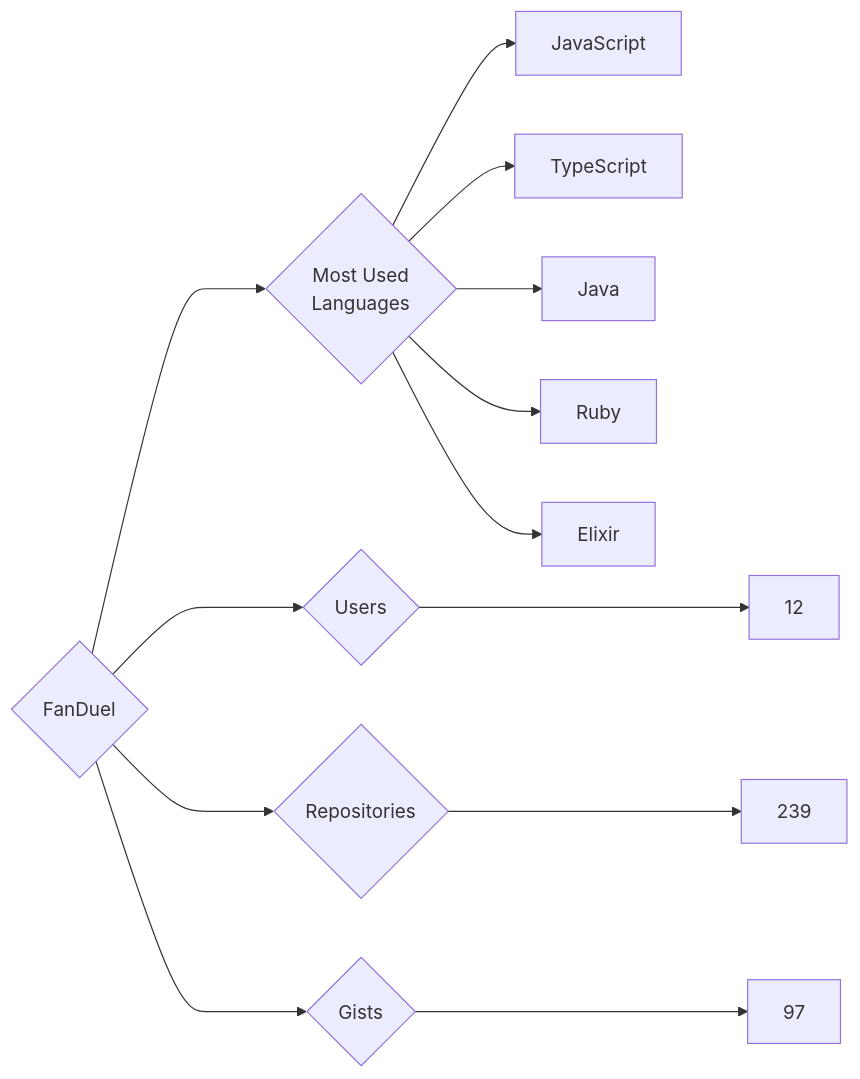
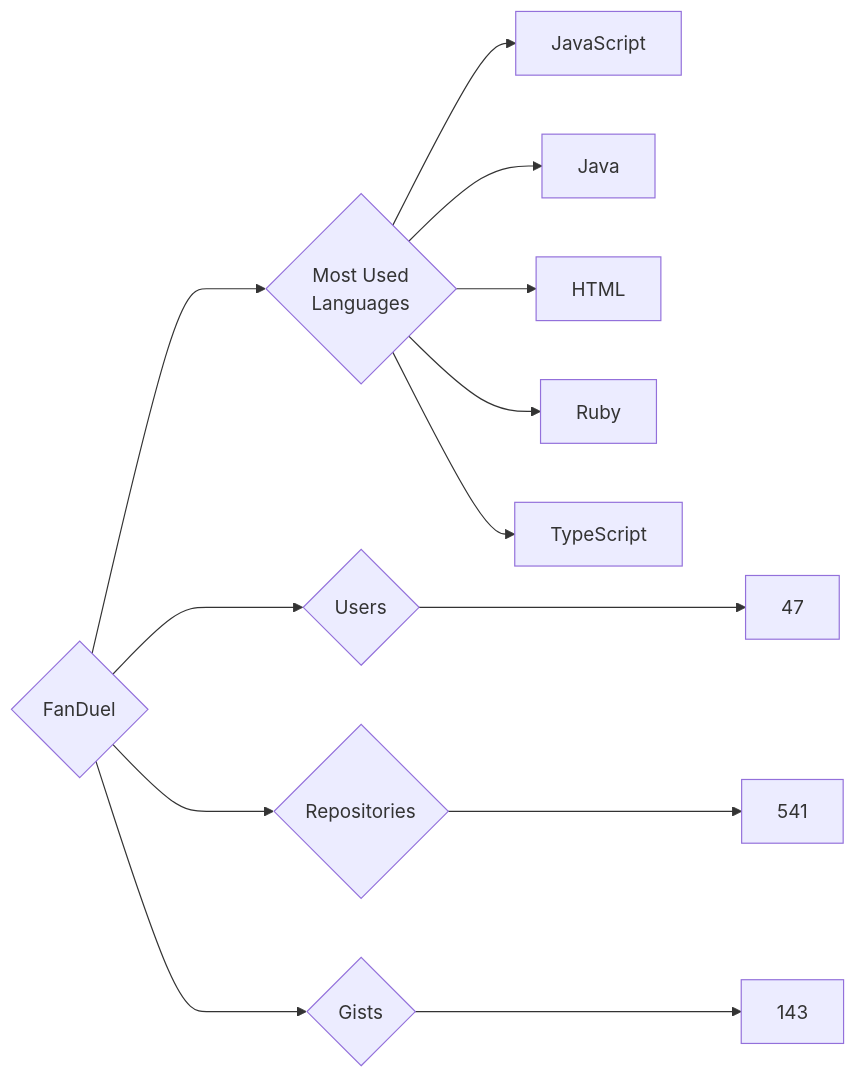
Before and after one commit to trickest/insiders: the diagram in targets/FanDuel/README.md, drawn with Mermaid. The commit also changed 984 other files, not shown here.

````diff
--- a/targets/FanDuel/README.md
+++ b/targets/FanDuel/README.md
@@ -3,13 +3,13 @@
 ```mermaid
 graph LR
 COMPANY_NAME{FanDuel}
-COMPANY_NAME ---> U{Users} ---> UN[12]
-COMPANY_NAME ---> R{Repositories} ---> RN[239]
-COMPANY_NAME ---> G{Gists} ---> GN[97]
+COMPANY_NAME ---> U{Users} ---> UN[47]
+COMPANY_NAME ---> R{Repositories} ---> RN[541]
+COMPANY_NAME ---> G{Gists} ---> GN[143]
 COMPANY_NAME ---> ML{Most Used<br>Languages}
 ML --> JavaScript[JavaScript]
+ML --> Java[Java]
+ML --> HTML[HTML]
+ML --> Ruby[Ruby]
 ML --> TypeScript[TypeScript]
-ML --> Java[Java]
-ML --> Ruby[Ruby]
-ML --> Elixir[Elixir]
 ```
````
